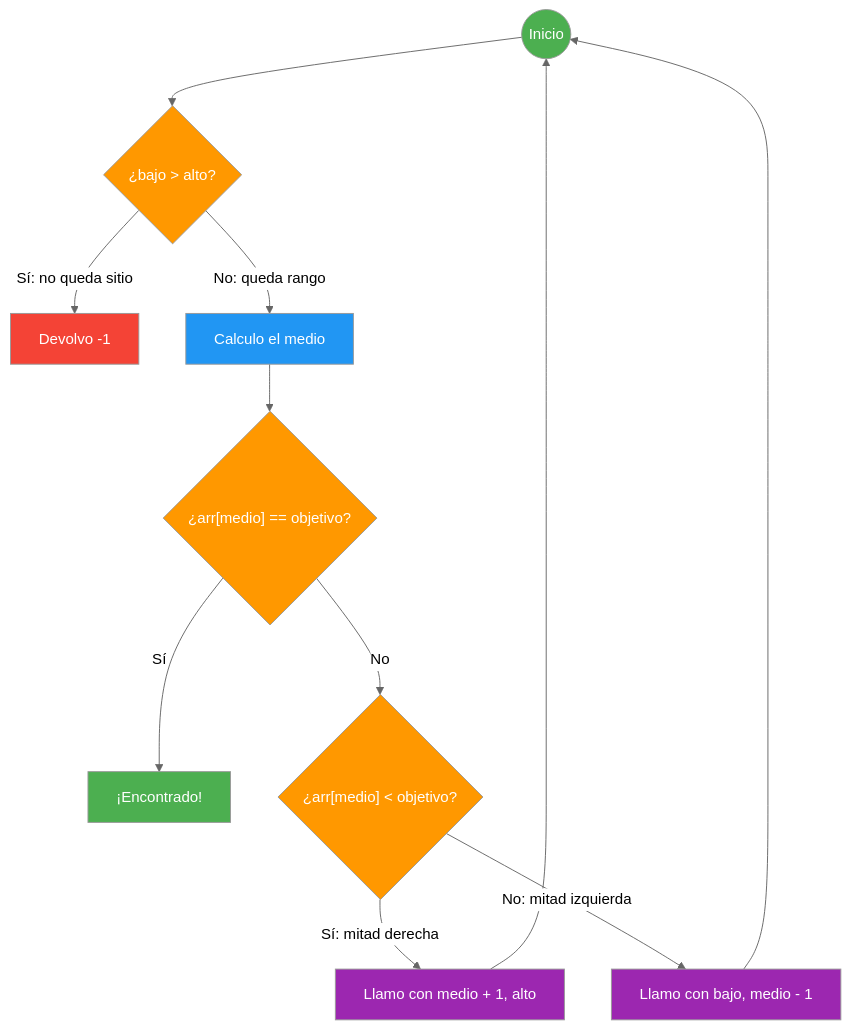
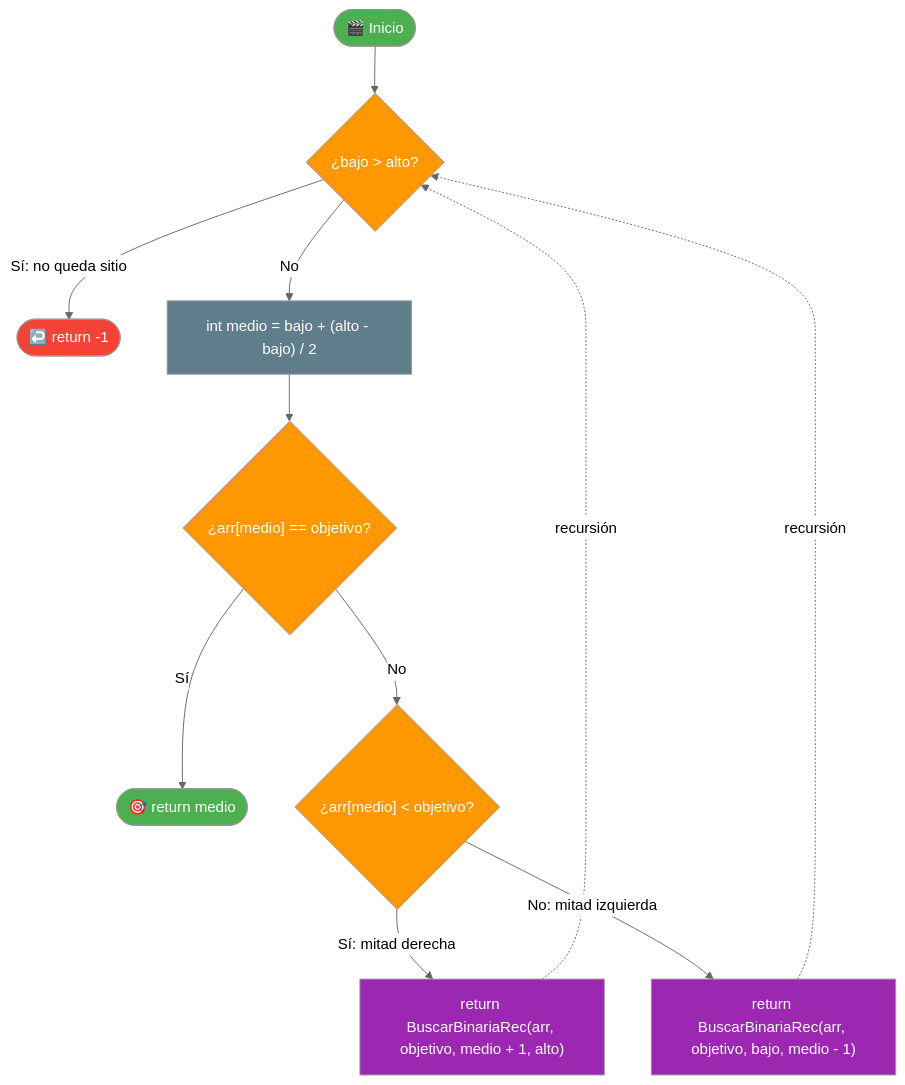
Before and after one commit to joseluisgs/Programacion-03-2026-2027: diagram 17 of 18 in 07-ordenacion-busqueda.md, drawn with Mermaid (neutral theme). The commit also changed other lines of this file and 3 other files, not shown here.

````diff
--- a/07-ordenacion-busqueda.md
+++ b/07-ordenacion-busqueda.md
@@ -492,22 +728,22 @@
 ```mermaid
 graph TD
-    S(("Inicio")) --> BASE{"¿bajo &gt; alto?"}
-    BASE -->|"Sí: no queda sitio"| KO["Devolvo -1"]
-    BASE -->|"No: queda rango"| MID["Calculo el medio"]
-    MID --> COMP{"¿arr[medio] == objetivo?"}
-    COMP -->|"Sí"| OK["¡Encontrado!"]
-    COMP -->|"No"| DIR{"¿arr[medio] &lt; objetivo?"}
-    DIR -->|"Sí: mitad derecha"| DER["Llamo con medio + 1, alto"]
-    DIR -->|"No: mitad izquierda"| IZQ["Llamo con bajo, medio - 1"]
-    DER --> S
-    IZQ --> S
-    style S fill:#4CAF50,color:#fff
+    INICIO(["🎬 Inicio"]) --> L4{"¿bajo &gt; alto?"}
+    L4 -->|"Sí: no queda sitio"| KO(["↩️ return -1"])
+    L4 -->|"No"| L5["int medio = bajo + (alto - bajo) / 2"]
+    L5 --> L6{"¿arr[medio] == objetivo?"}
+    L6 -->|"Sí"| OK(["🎯 return medio"])
+    L6 -->|"No"| L8{"¿arr[medio] &lt; objetivo?"}
+    L8 -->|"Sí: mitad derecha"| L9["return BuscarBinariaRec(arr, objetivo, medio + 1, alto)"]
+    L8 -->|"No: mitad izquierda"| L10["return BuscarBinariaRec(arr, objetivo, bajo, medio - 1)"]
+    L9 -.->|"recursión"| L4
+    L10 -.->|"recursión"| L4
+    style INICIO fill:#4CAF50,color:#fff
     style OK fill:#4CAF50,color:#fff
     style KO fill:#f44336,color:#fff
-    style BASE fill:#FF9800,color:#fff
-    style COMP fill:#FF9800,color:#fff
-    style DIR fill:#FF9800,color:#fff
-    style MID fill:#2196F3,color:#fff
-    style DER fill:#9C27B0,color:#fff
-    style IZQ fill:#9C27B0,color:#fff
+    style L4 fill:#FF9800,color:#fff
+    style L6 fill:#FF9800,color:#fff
+    style L8 fill:#FF9800,color:#fff
+    style L5 fill:#607D8B,color:#fff
+    style L9 fill:#9C27B0,color:#fff
+    style L10 fill:#9C27B0,color:#fff
 ```
````
